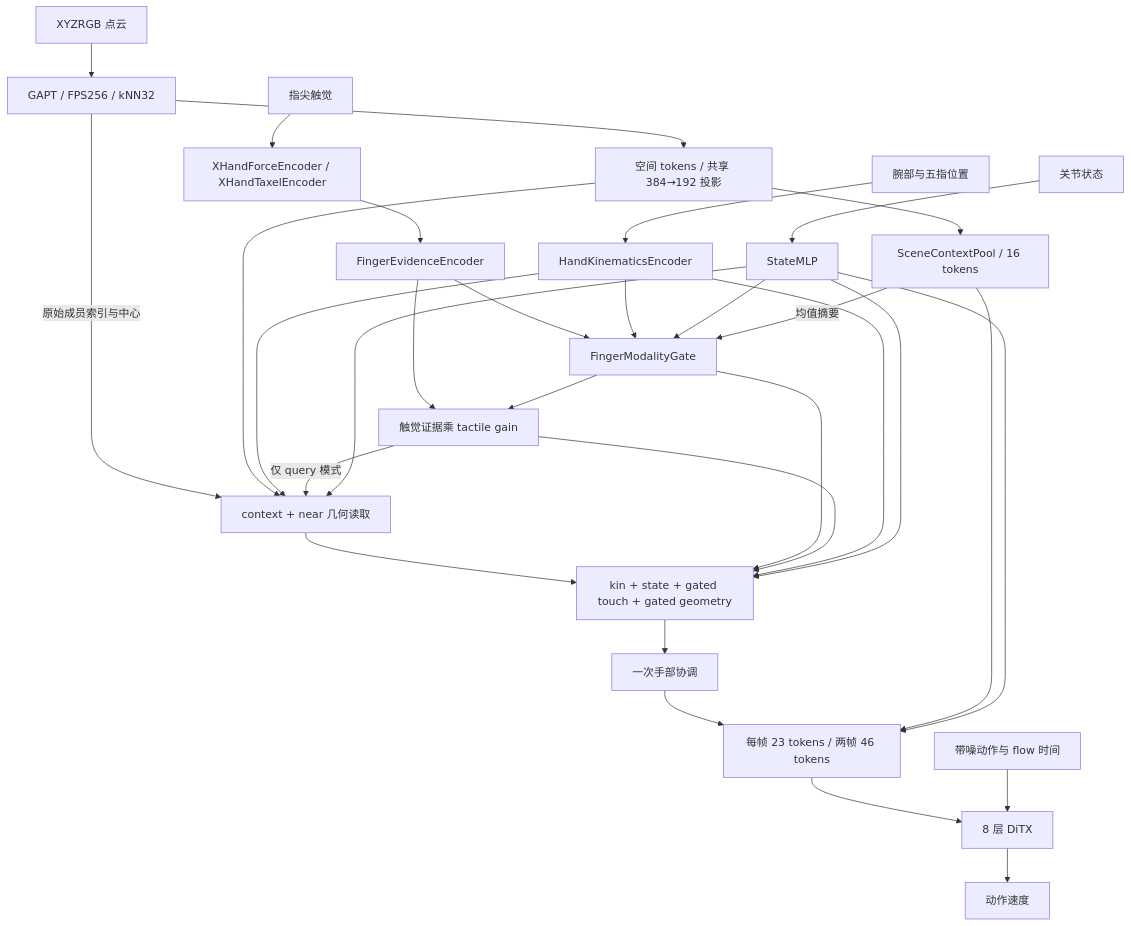
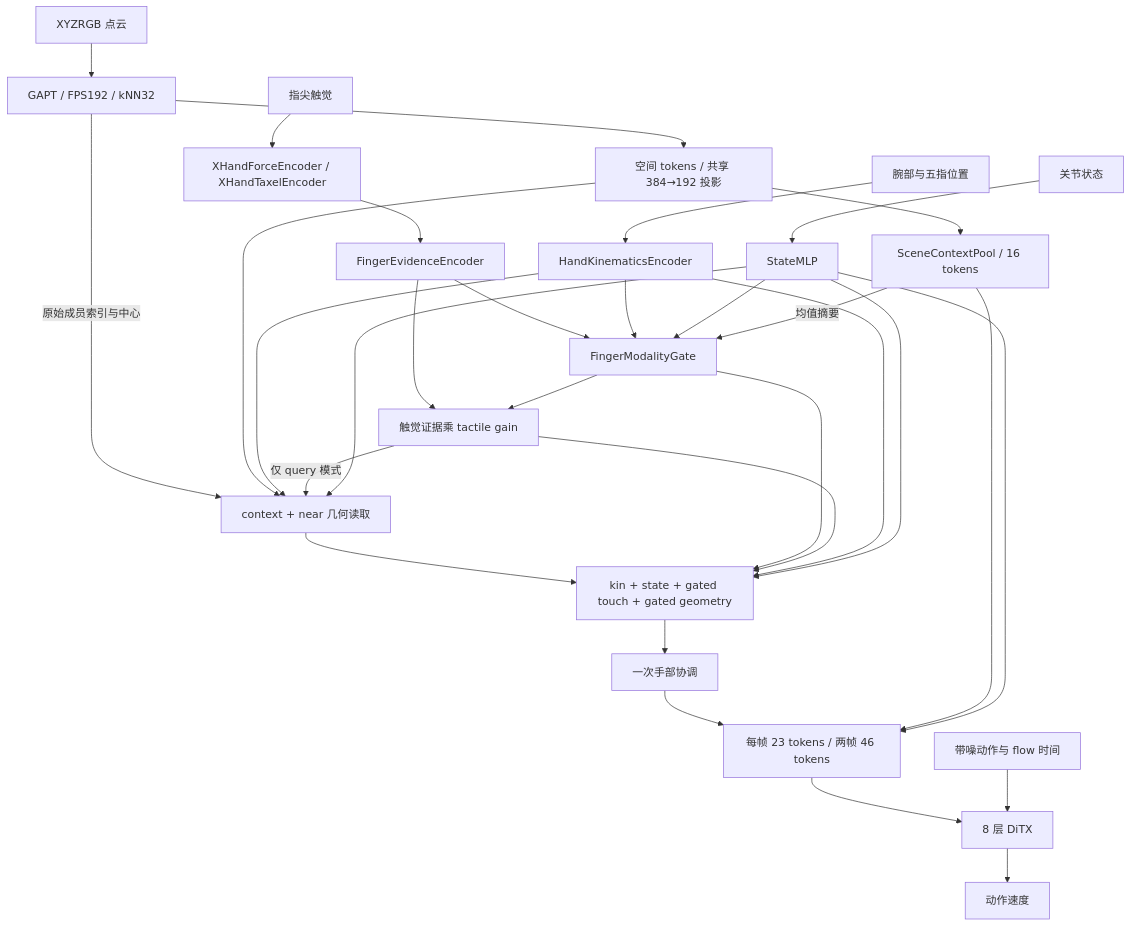
The diagram in docs/interaction_representation.md (haoyangzhanglab/dexmani_policy), drawn with Mermaid before and after one commit. The commit also changed other lines of this file and 10 other files, not shown here.

````diff
--- a/docs/interaction_representation.md
+++ b/docs/interaction_representation.md
@@ -82,33 +82,33 @@
 ```mermaid
 flowchart TD
-    PC[XYZRGB 点云] --> P[GAPT / FPS256 / kNN32]
+    PC[XYZRGB 点云] --> P[GAPT / FPS192 / kNN32]
     P --> PT[空间 tokens / 共享 384→192 投影]
     P -->|原始成员索引与中心| R[context + near 几何读取]
     K[腕部与五指位置] --> H[HandKinematicsEncoder]
     T[指尖触觉] --> TF[XHandForceEncoder / XHandTaxelEncoder]
     TF --> E[FingerEvidenceEncoder]
     Q[关节状态] --> S[StateMLP]
     PT --> R
     H --> R
     E --> G[FingerModalityGate]
     H --> G
     S --> G
     SC -->|均值摘要| G
     E --> GE[触觉证据乘 tactile gain]
     G --> GE
     GE -->|仅 query 模式| R
     S --> R
     PT --> SC[SceneContextPool / 16 tokens]
     R --> F[kin + state + gated touch + gated geometry]
     G --> F
     GE --> F
     H --> F
     S --> F
     F --> C[一次手部协调]
     C --> O[每帧 23 tokens / 两帧 46 tokens]
     SC --> O
     S --> O
     O --> D[8 层 DiTX]
     A[带噪动作与 flow 时间] --> D
     D --> V[动作速度]
 ```
````
